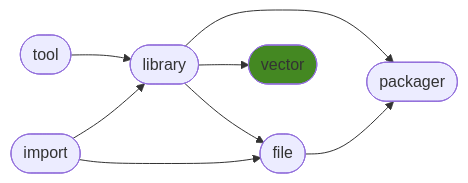
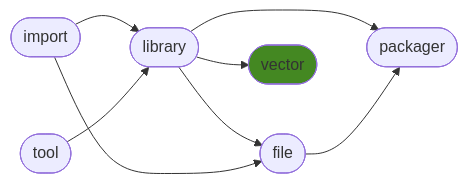
One commit to ManderaGeneral/generalvector changed the diagram in README.md. Above: the diagram before and after it, drawn with Mermaid. The commit also changed other lines of this file, not shown here.

````diff
--- a/README.md
+++ b/README.md
@@ -24,17 +24,17 @@
 ```mermaid
 flowchart LR
 2([library]) --> 5([packager])
+0([import]) --> 2([library])
 2([library]) --> 3([file])
+3([file]) --> 5([packager])
+2([library]) --> 4([vector])
+1([tool]) --> 2([library])
 0([import]) --> 3([file])
-2([library]) --> 4([vector])
-3([file]) --> 5([packager])
-1([tool]) --> 2([library])
-0([import]) --> 2([library])
 click 0 "https://github.com/ManderaGeneral/generalimport"
 click 1 "https://github.com/ManderaGeneral/generaltool"
 click 2 "https://github.com/ManderaGeneral/generallibrary"
 click 3 "https://github.com/ManderaGeneral/generalfile"
 click 4 "https://github.com/ManderaGeneral/generalvector"
 click 5 "https://github.com/ManderaGeneral/generalpackager"
 style 4 fill:#482
 ```
````
